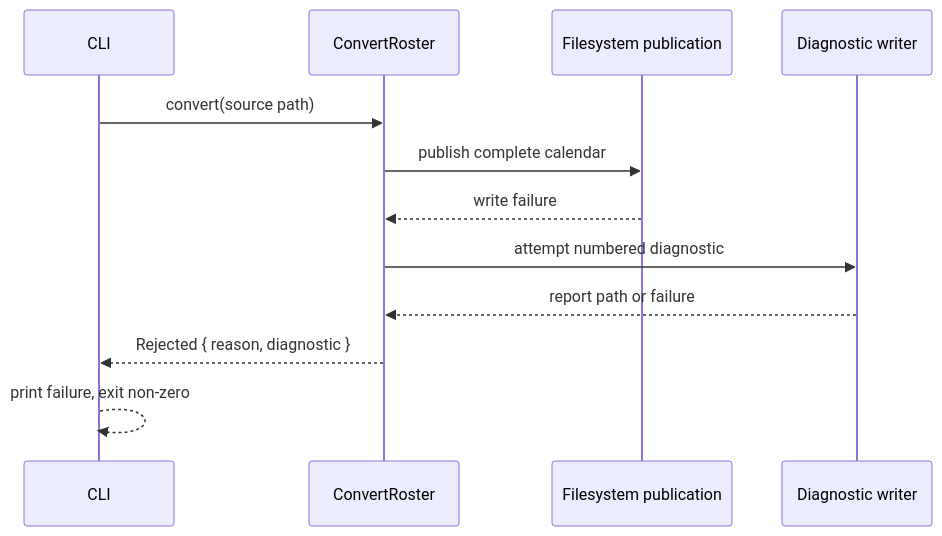
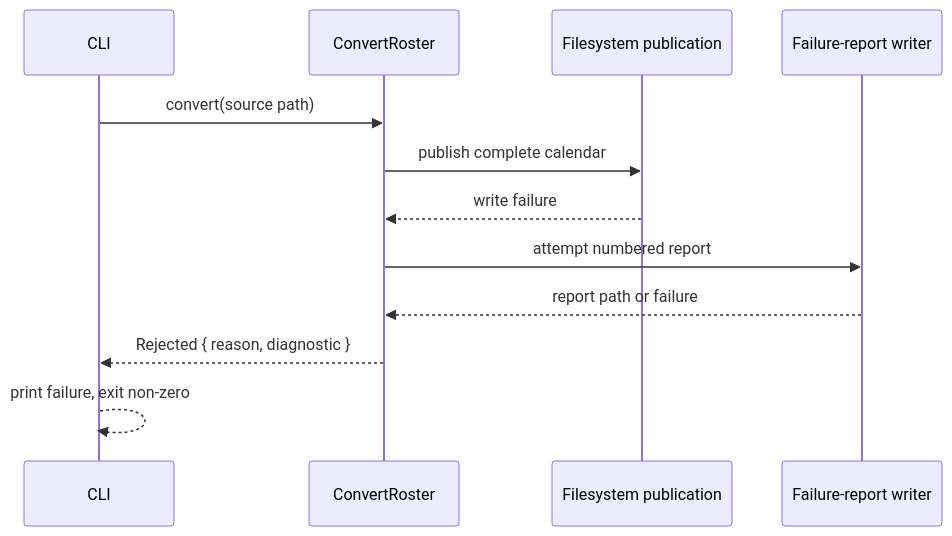
One commit to duty2cal/duty2cal changed the fourth of 20 diagrams in docs/arc42/06-runtime-view.md. Above: the diagram before and after it, drawn with Mermaid. The commit also changed other lines of this file and 18 other files, not shown here.

````diff
--- a/docs/arc42/06-runtime-view.md
+++ b/docs/arc42/06-runtime-view.md
@@ -74,14 +107,14 @@
 ```mermaid
 sequenceDiagram
   participant CLI
   participant App as ConvertRoster
   participant FS as Filesystem publication
-  participant Diag as Diagnostic writer
+  participant Diag as Failure-report writer
   CLI->>App: convert(source path)
   App->>FS: publish complete calendar
   FS-->>App: write failure
-  App->>Diag: attempt numbered diagnostic
+  App->>Diag: attempt numbered report
   Diag-->>App: report path or failure
   App-->>CLI: Rejected { reason, diagnostic }
   CLI-->>CLI: print failure, exit non-zero
 ```
````
